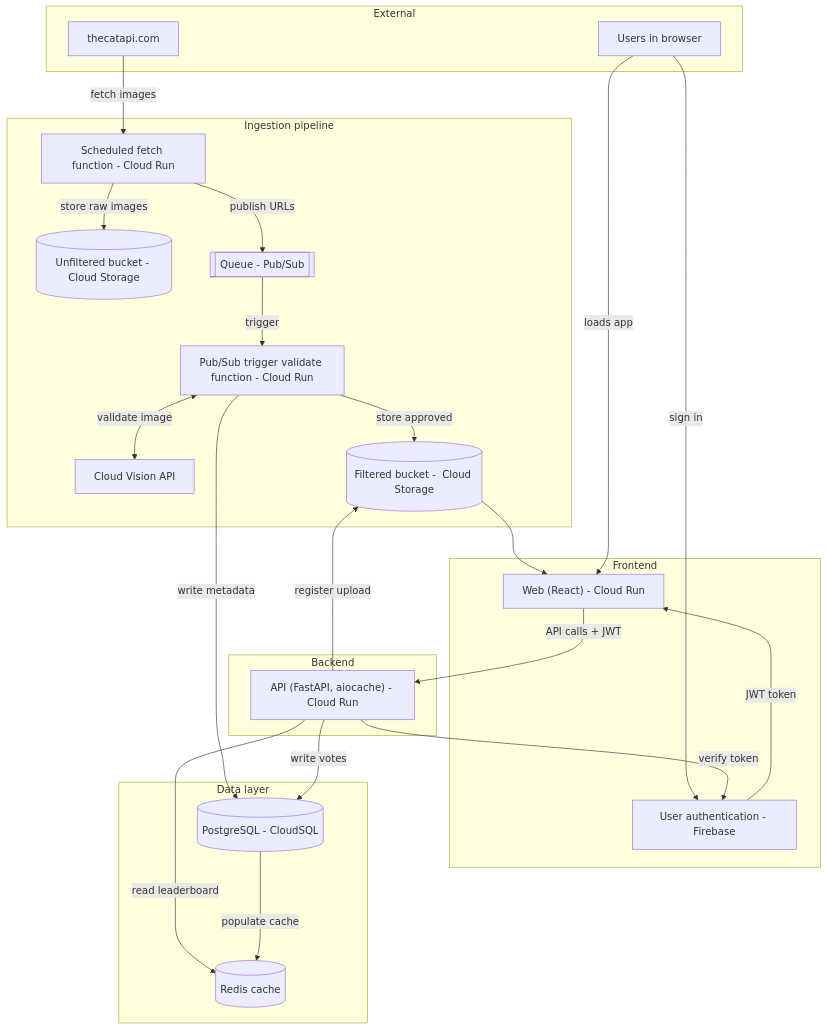
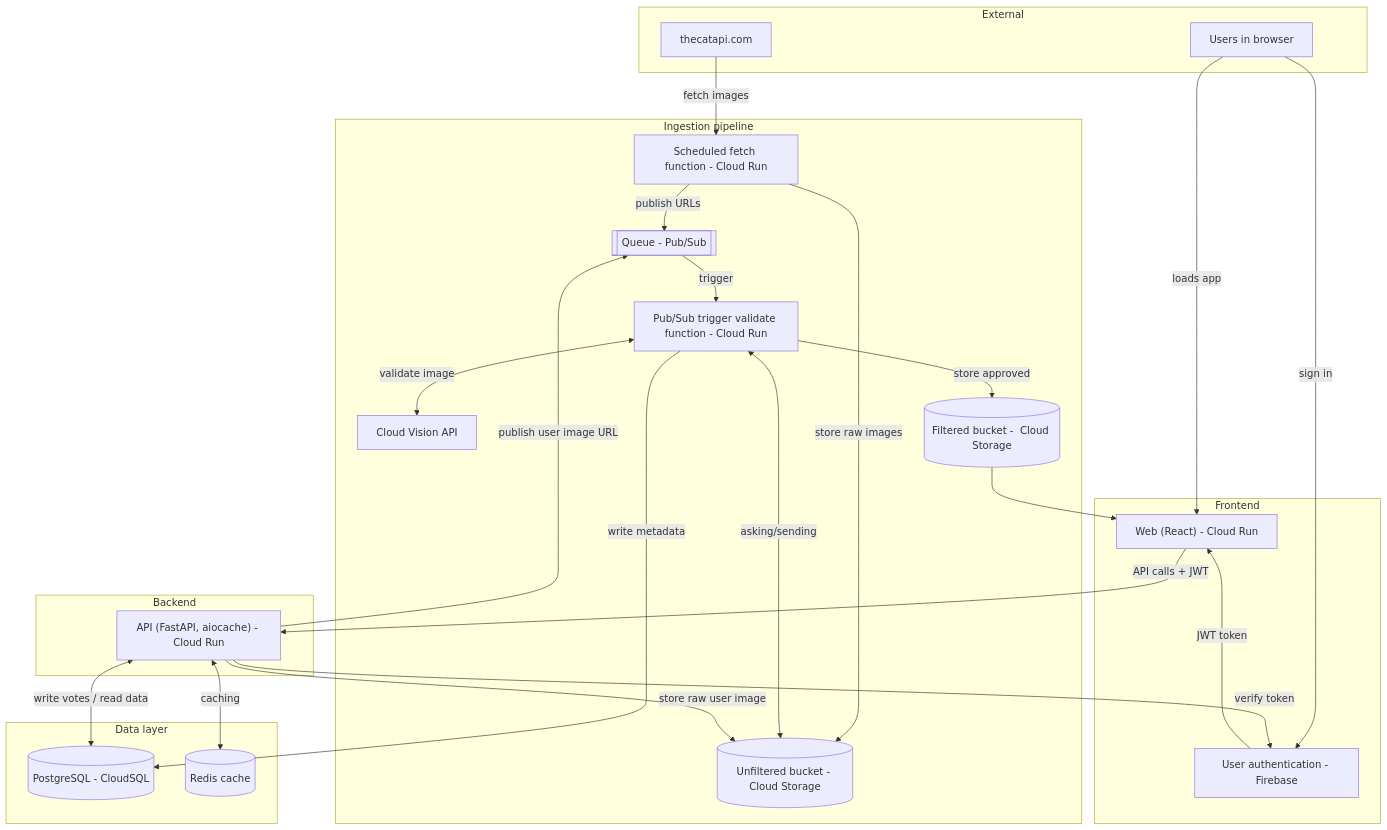
Before and after one commit to IgorLechoszest/CatVote: the diagram in README.md, drawn with Mermaid.

Commit message:
poprawa diagramu

````diff
--- a/README.md
+++ b/README.md
@@ -3,51 +3,54 @@
 ```mermaid
 flowchart TD
   subgraph EXT["External"]
     CAT["thecatapi.com"]
     USER["Users in browser"]
   end
 
   subgraph FRONTEND["Frontend"]
     REACT["Web (React) - Cloud Run"]
     FBAUTH["User authentication - Firebase"]
   end
 
   subgraph INGEST["Ingestion pipeline"]
     FETCH["Scheduled fetch function - Cloud Run"]
     UNFILT[("Unfiltered bucket - Cloud Storage")]
     PUBSUB[["Queue - Pub/Sub"]]
     VALID["Pub/Sub trigger validate function - Cloud Run"]
     VISION["Cloud Vision API"]
     FILT[("Filtered bucket -  Cloud Storage")]
   end
 
   subgraph APPSERVER["Backend"]
     FASTAPI["API (FastAPI, aiocache) - Cloud Run"]
   end
 
   subgraph DATA["Data layer"]
     PG[("PostgreSQL - CloudSQL")]
     REDIS[("Redis cache")]
   end
 
   CAT -->|"fetch images"| FETCH
   FETCH -->|"store raw images"| UNFILT
   FETCH -->|"publish URLs"| PUBSUB
   PUBSUB -->|"trigger"| VALID
   VALID <-->|"validate image"| VISION
   VALID -->|"store approved"| FILT
   VALID -->|"write metadata"| PG
   FILT --> REACT
+  VALID <--> |"asking/sending"|UNFILT
 
   USER -->|"loads app"| REACT
   USER -->|"sign in"| FBAUTH
   FBAUTH -->|"JWT token"| REACT
   REACT -->|"API calls + JWT"| FASTAPI
+  
   FASTAPI -->|"verify token"| FBAUTH
-  FASTAPI -->|"read leaderboard"| REDIS
-  PG --->|"populate cache"| REDIS
-  FASTAPI -->|"write votes"| PG
-  FASTAPI -->|"register upload"| FILT
+  FASTAPI <-->|"caching"| REDIS
+  FASTAPI <-->|"write votes / read data"| PG
+  
+  FASTAPI -->|"store raw user image"| UNFILT
+  FASTAPI -->|"publish user image URL"| PUBSUB
 
 
 ```
````
